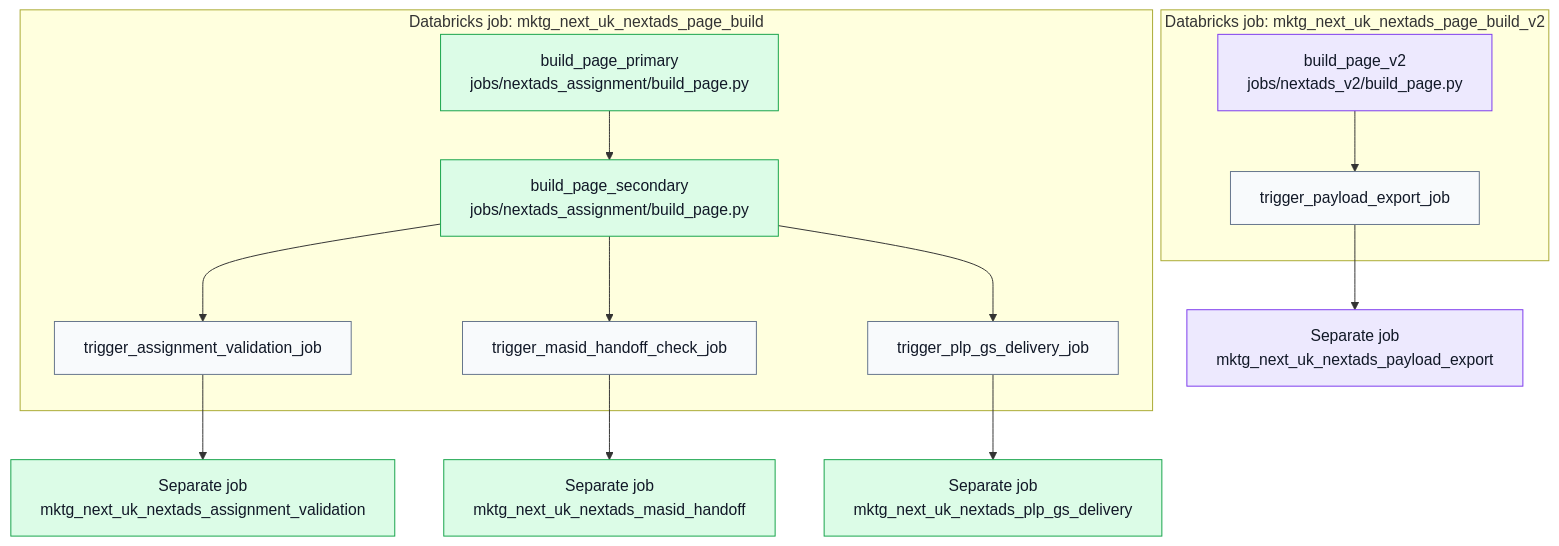
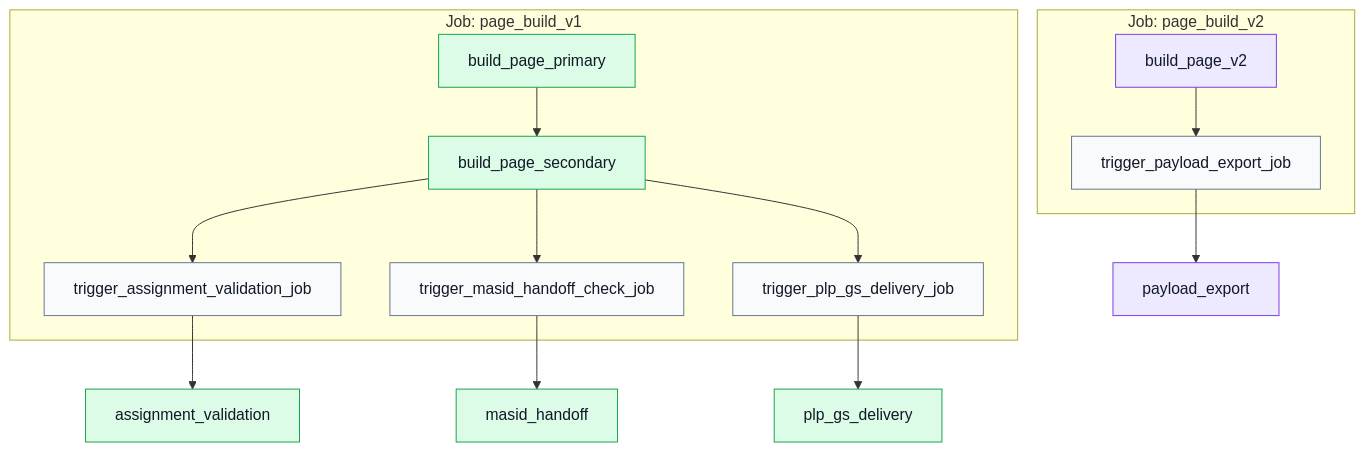
The fourth of 8 diagrams in docs/CICD/nextads_databricks_runtime_map.md (swblain-glyndwr/personal_project), drawn with Mermaid before and after one commit. The commit also changed other lines of this file and 1 other file, not shown here.

````diff
--- a/docs/CICD/nextads_databricks_runtime_map.md
+++ b/docs/CICD/nextads_databricks_runtime_map.md
@@ -178,27 +178,27 @@
 ```mermaid
 flowchart TD
   classDef v1 fill:#dcfce7,stroke:#16a34a,color:#111827
   classDef v2 fill:#ede9fe,stroke:#7c3aed,color:#111827
   classDef trigger fill:#f8fafc,stroke:#64748b,color:#111827
 
-  subgraph V1_PAGE_BUILD["Databricks job: mktg_next_uk_nextads_page_build"]
-    build_page_primary["build_page_primary\njobs/nextads_assignment/build_page.py"]:::v1
-    build_page_secondary["build_page_secondary\njobs/nextads_assignment/build_page.py"]:::v1
+  subgraph V1_PAGE_BUILD["Job: page_build_v1"]
+    build_page_primary["build_page_primary"]:::v1
+    build_page_secondary["build_page_secondary"]:::v1
     trigger_assignment_validation_job["trigger_assignment_validation_job"]:::trigger
     trigger_masid_handoff_check_job["trigger_masid_handoff_check_job"]:::trigger
     trigger_plp_gs_delivery_job["trigger_plp_gs_delivery_job"]:::trigger
     build_page_primary --> build_page_secondary
     build_page_secondary --> trigger_assignment_validation_job
     build_page_secondary --> trigger_masid_handoff_check_job
     build_page_secondary --> trigger_plp_gs_delivery_job
   end
-  subgraph V2_PAGE_BUILD["Databricks job: mktg_next_uk_nextads_page_build_v2"]
-    build_page_v2["build_page_v2\njobs/nextads_v2/build_page.py"]:::v2
+  subgraph V2_PAGE_BUILD["Job: page_build_v2"]
+    build_page_v2["build_page_v2"]:::v2
     trigger_payload_export_job["trigger_payload_export_job"]:::trigger
     build_page_v2 --> trigger_payload_export_job
   end
-  trigger_assignment_validation_job --> qa["Separate job\nmktg_next_uk_nextads_assignment_validation"]:::v1
-  trigger_masid_handoff_check_job --> masid["Separate job\nmktg_next_uk_nextads_masid_handoff"]:::v1
-  trigger_payload_export_job --> payload["Separate job\nmktg_next_uk_nextads_payload_export"]:::v2
-  trigger_plp_gs_delivery_job --> plp["Separate job\nmktg_next_uk_nextads_plp_gs_delivery"]:::v1
+  trigger_assignment_validation_job --> qa["assignment_validation"]:::v1
+  trigger_masid_handoff_check_job --> masid["masid_handoff"]:::v1
+  trigger_payload_export_job --> payload["payload_export"]:::v2
+  trigger_plp_gs_delivery_job --> plp["plp_gs_delivery"]:::v1
 ```
````
